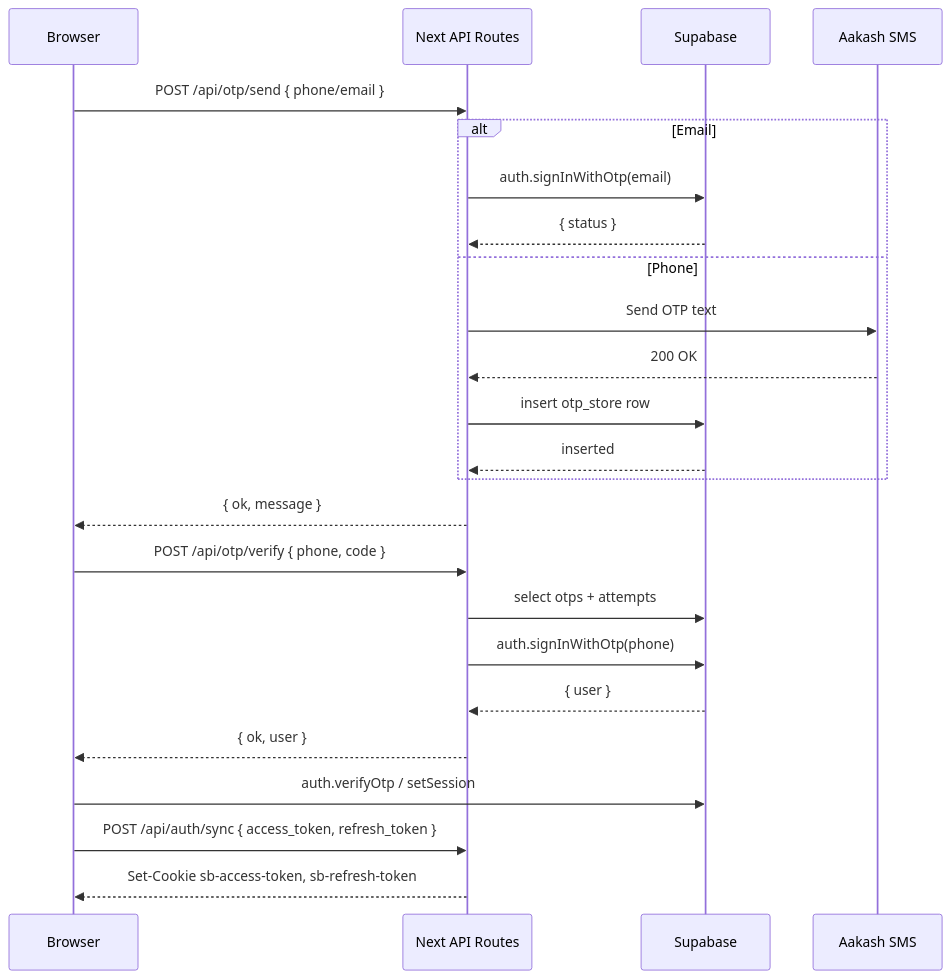
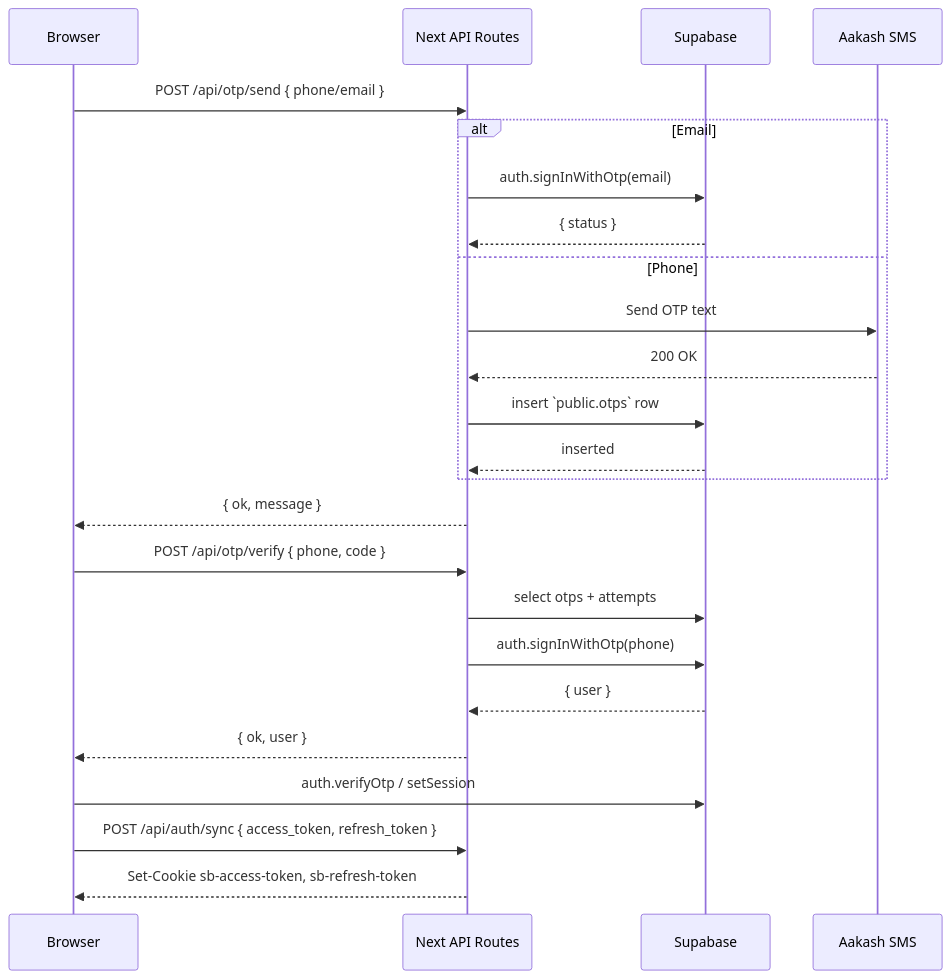
Before and after one commit to Zenslim/Gatishil: the second of 3 diagrams in SCHEMA.md, drawn with Mermaid. The commit also changed other lines of this file and 26 other files, not shown here.

````diff
--- a/SCHEMA.md
+++ b/SCHEMA.md
@@ -252,27 +245,27 @@
 ```mermaid
 sequenceDiagram
   participant Browser
   participant API as Next API Routes
   participant Supabase
   participant SMS as Aakash SMS
 
   Browser->>API: POST /api/otp/send { phone/email }
   alt Email
     API->>Supabase: auth.signInWithOtp(email)
     Supabase-->>API: { status }
   else Phone
     API->>SMS: Send OTP text
     SMS-->>API: 200 OK
-    API->>Supabase: insert otp_store row
+    API->>Supabase: insert `public.otps` row
     Supabase-->>API: inserted
   end
   API-->>Browser: { ok, message }
   Browser->>API: POST /api/otp/verify { phone, code }
   API->>Supabase: select otps + attempts
   API->>Supabase: auth.signInWithOtp(phone)
   Supabase-->>API: { user }
   API-->>Browser: { ok, user }
   Browser->>Supabase: auth.verifyOtp / setSession
   Browser->>API: POST /api/auth/sync { access_token, refresh_token }
   API-->>Browser: Set-Cookie sb-access-token, sb-refresh-token
 ```
````
